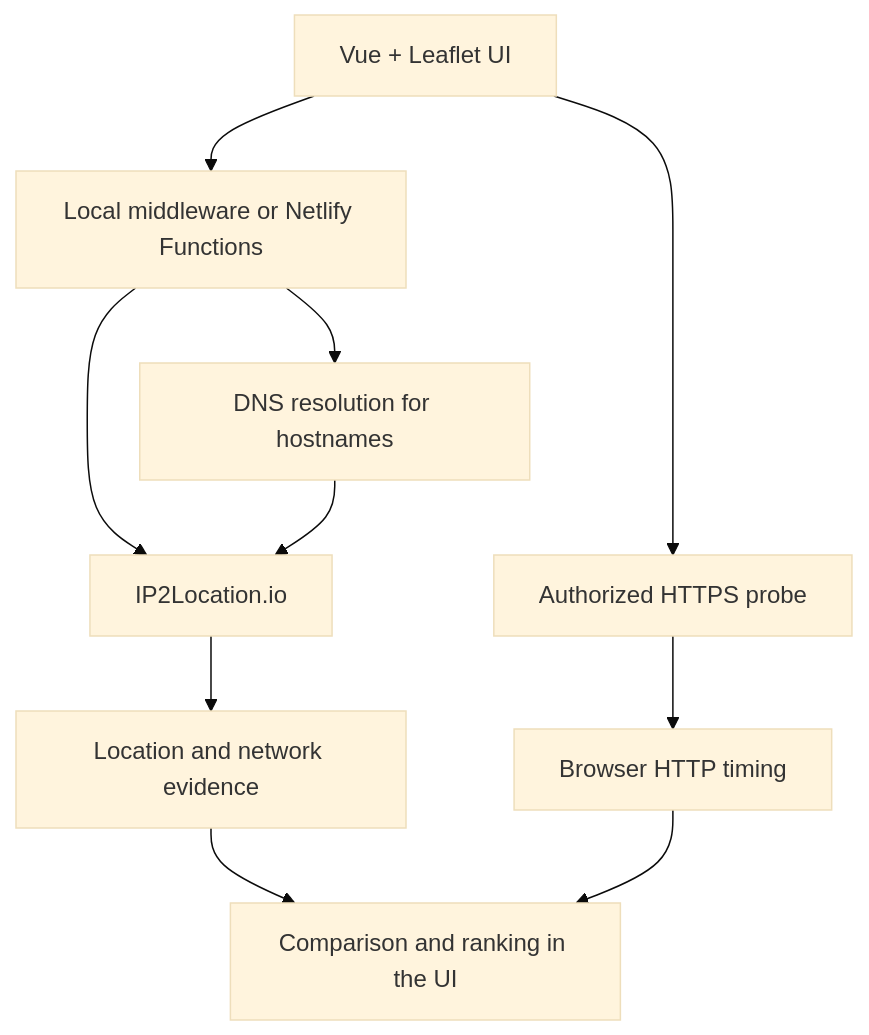
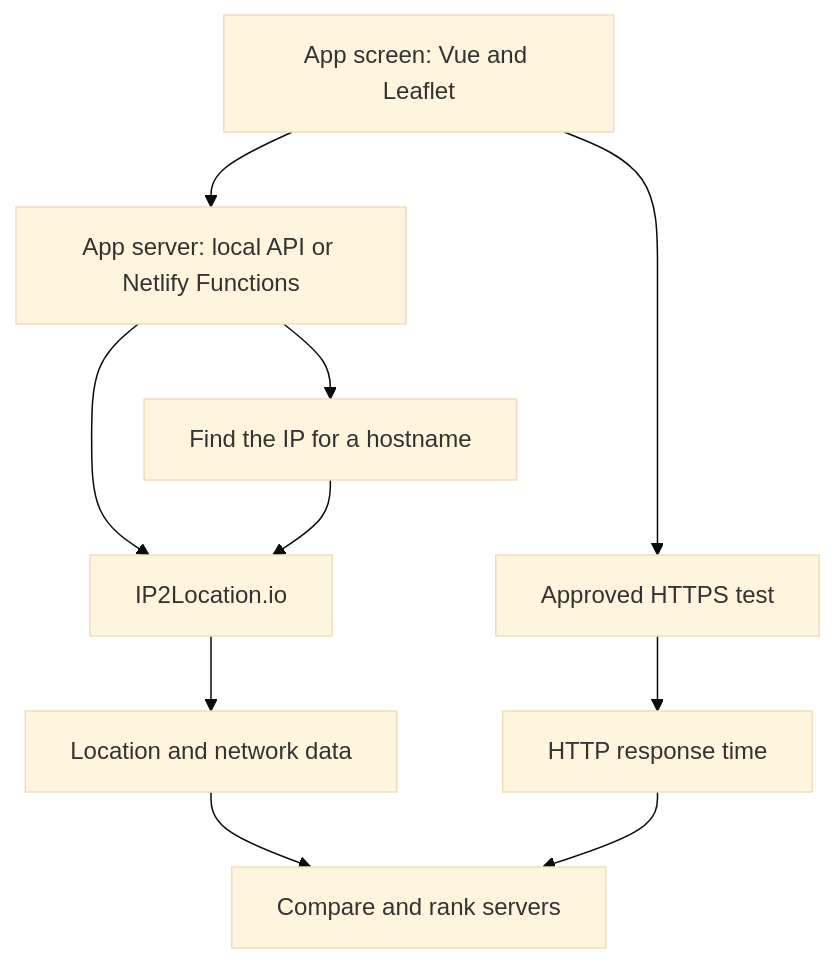
One commit to timor2542/sakurath-geoip2route changed the diagram in README.md. Above: the diagram before and after it, drawn with Mermaid (base theme). The commit also changed other lines of this file, not shown here.

Commit message:
Simplify architecture wording to B2 English

````diff
--- a/README.md
+++ b/README.md
@@ -125,13 +125,13 @@
 ```mermaid
 flowchart TB
-  UI[Vue + Leaflet UI]
-  UI --> API[Local middleware or Netlify Functions]
-  API --> DNS[DNS resolution for hostnames]
+  UI[App screen: Vue and Leaflet]
+  UI --> API[App server: local API or Netlify Functions]
+  API --> DNS[Find the IP for a hostname]
   API --> IP2[IP2Location.io]
   DNS --> IP2
-  IP2 --> GEO[Location and network evidence]
-  UI --> PROBE[Authorized HTTPS probe]
-  PROBE --> HTTP[Browser HTTP timing]
-  GEO --> RESULT[Comparison and ranking in the UI]
+  IP2 --> GEO[Location and network data]
+  UI --> PROBE[Approved HTTPS test]
+  PROBE --> HTTP[HTTP response time]
+  GEO --> RESULT[Compare and rank servers]
   HTTP --> RESULT
 ```
````
